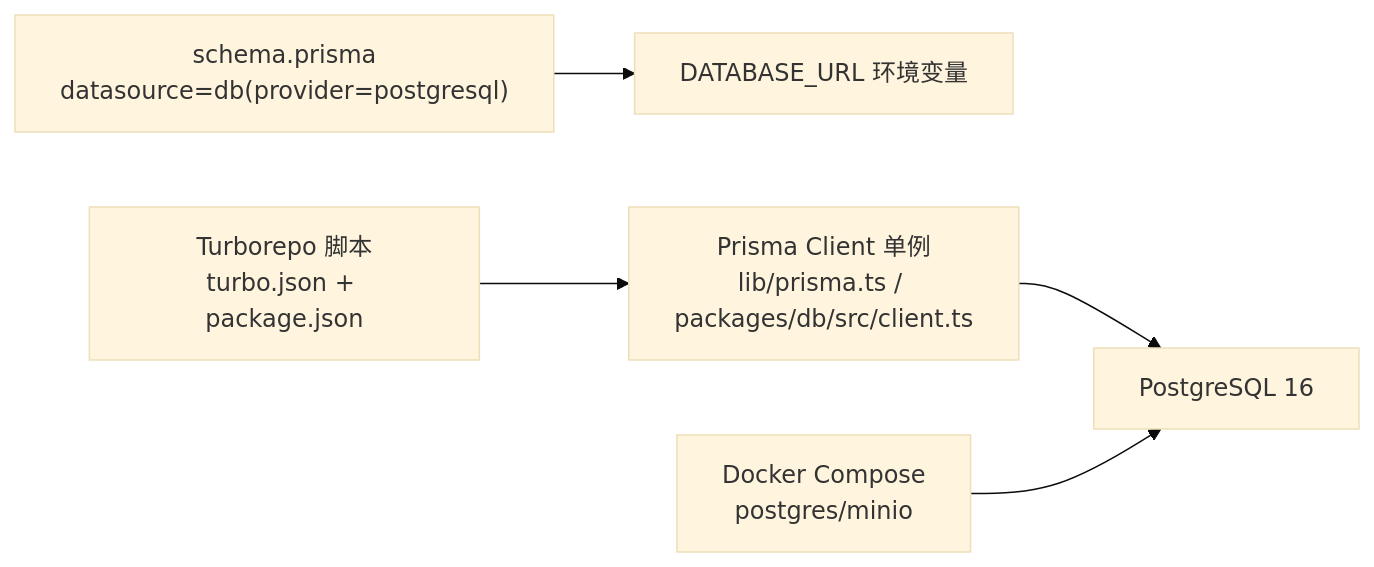
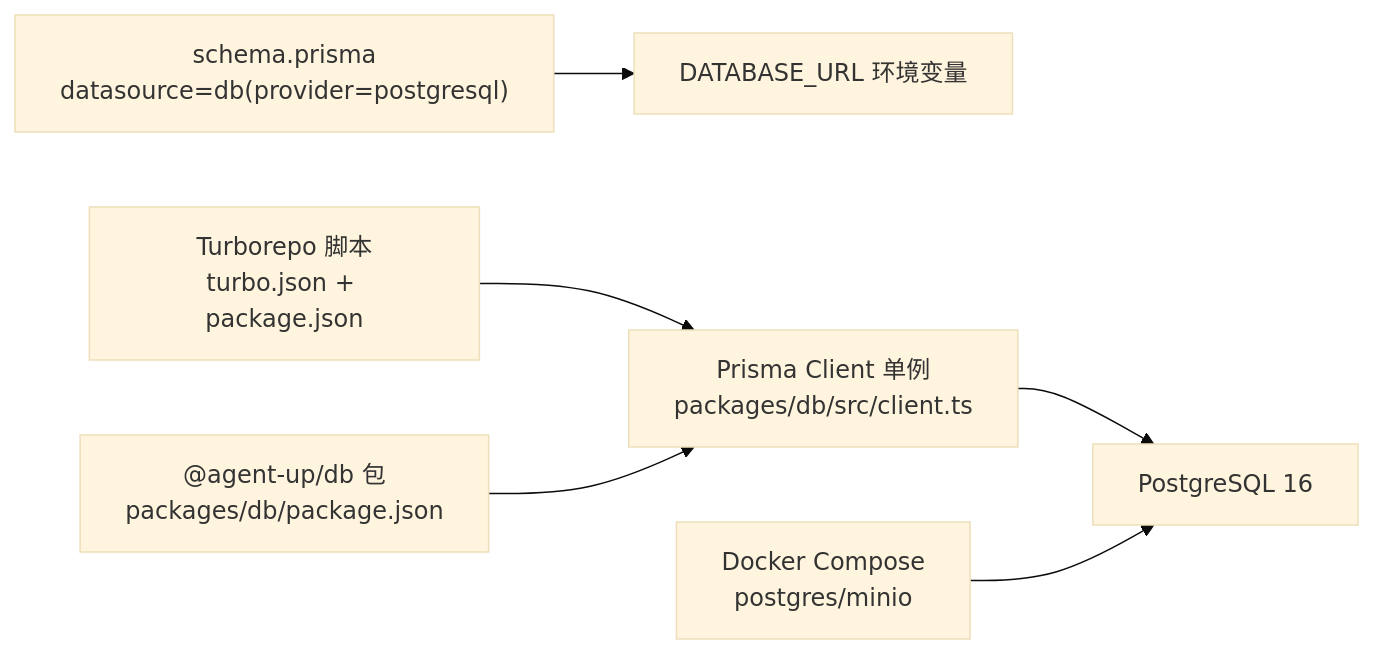
One commit to ai-guru-global/agent-up changed the third of 4 diagrams in .qoder/repowiki/zh/content/数据库设计.md. Above: the diagram before and after it, drawn with Mermaid (base theme). The commit also changed other lines of this file and 57 other files, not shown here.

````diff
--- a/.qoder/repowiki/zh/content/数据库设计.md
+++ b/.qoder/repowiki/zh/content/数据库设计.md
@@ -251,7 +264,8 @@
 ```mermaid
 graph LR
 A["schema.prisma<br/>datasource=db(provider=postgresql)"] --> B["DATABASE_URL 环境变量"]
-C["Prisma Client 单例<br/>lib/prisma.ts / packages/db/src/client.ts"] --> D["PostgreSQL 16"]
+C["Prisma Client 单例<br/>packages/db/src/client.ts"] --> D["PostgreSQL 16"]
 E["Turborepo 脚本<br/>turbo.json + package.json"] --> C
 F["Docker Compose<br/>postgres/minio"] --> D
+G["@agent-up/db 包<br/>packages/db/package.json"] --> C
 ```
````
